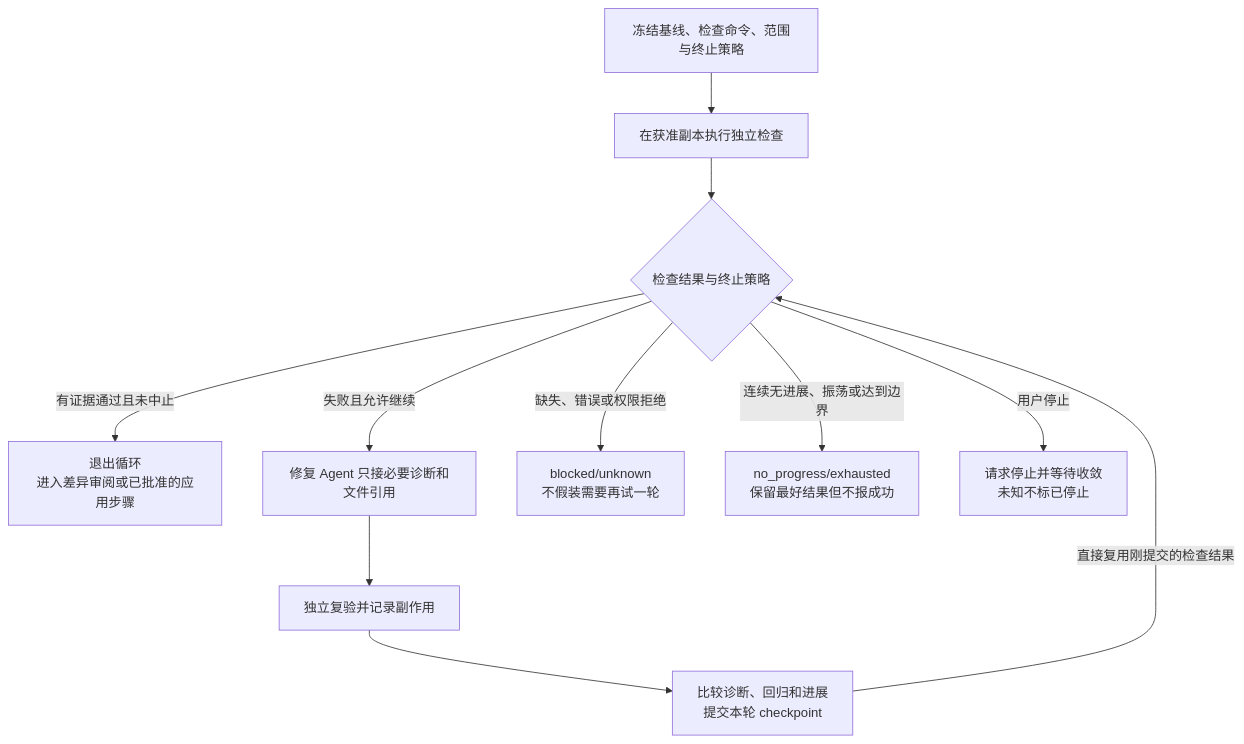
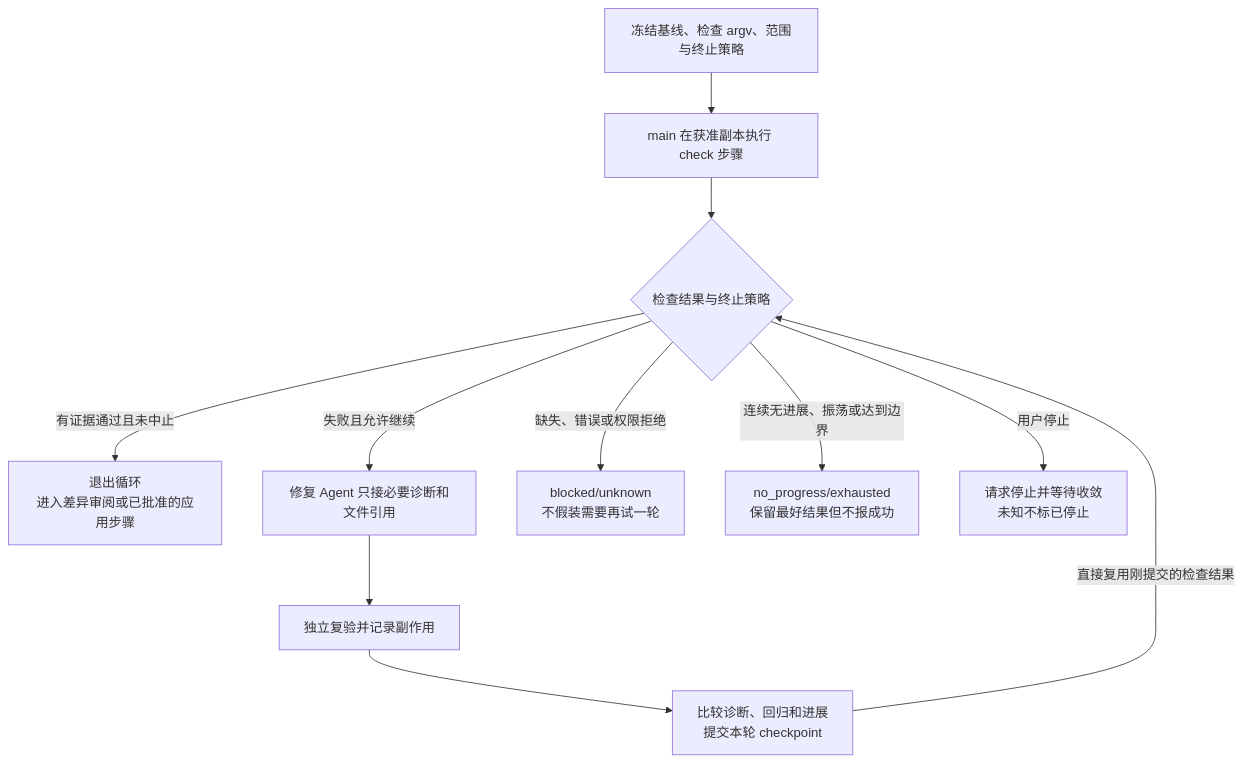
One commit to bingjiang0611/scry changed the first of 2 diagrams in designs/scry-workflows/execution-semantics.md. Above: the diagram before and after it, drawn with Mermaid. The commit also changed other lines of this file and 5 other files, not shown here.

Commit message:
docs(workflows): main-run check steps, M0 slice, and review fixes

````diff
--- a/designs/scry-workflows/execution-semantics.md
+++ b/designs/scry-workflows/execution-semantics.md
@@ -83,13 +95,13 @@
 ```mermaid
 flowchart TD
-  A[冻结基线、检查命令、范围与终止策略] --> B[在获准副本执行独立检查]
+  A[冻结基线、检查 argv、范围与终止策略] --> B[main 在获准副本执行 check 步骤]
   B --> C{检查结果与终止策略}
   C -->|有证据通过且未中止| D[退出循环<br/>进入差异审阅或已批准的应用步骤]
   C -->|失败且允许继续| E[修复 Agent 只接必要诊断和文件引用]
   C -->|缺失、错误或权限拒绝| U[blocked/unknown<br/>不假装需要再试一轮]
   C -->|连续无进展、振荡或达到边界| H[no_progress/exhausted<br/>保留最好结果但不报成功]
   C -->|用户停止| S[请求停止并等待收敛<br/>未知不标已停止]
   E --> F[独立复验并记录副作用]
   F --> G[比较诊断、回归和进展<br/>提交本轮 checkpoint]
   G -->|直接复用刚提交的检查结果| C
 ```
````
